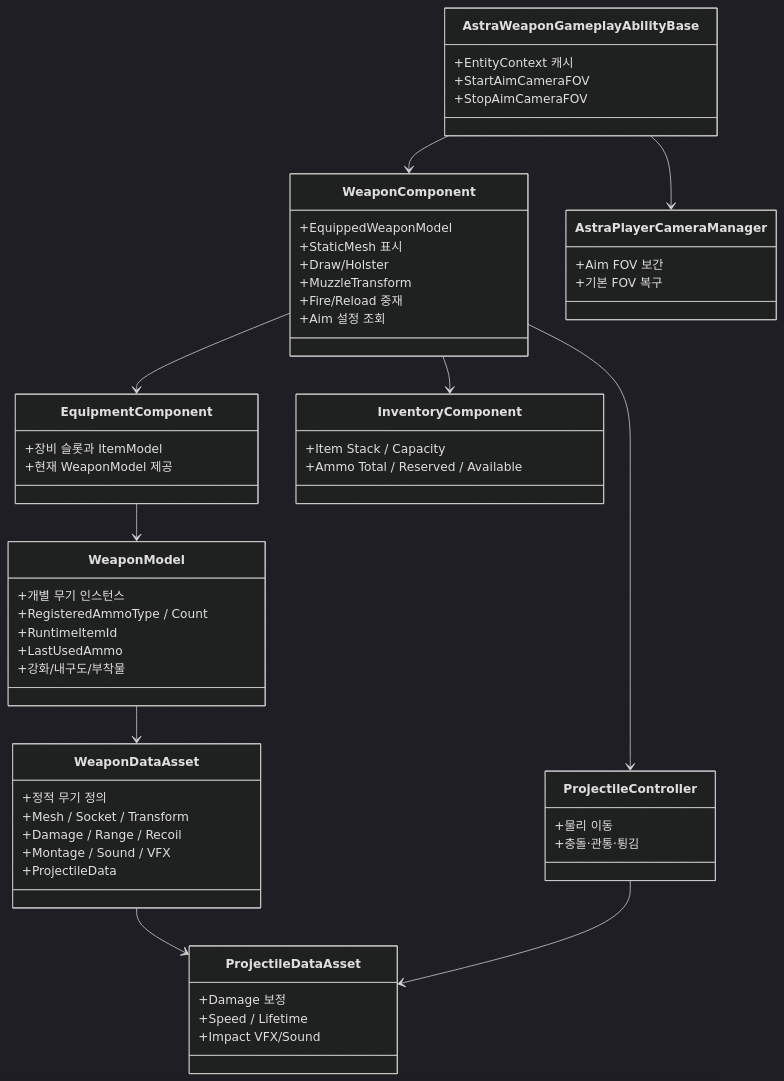
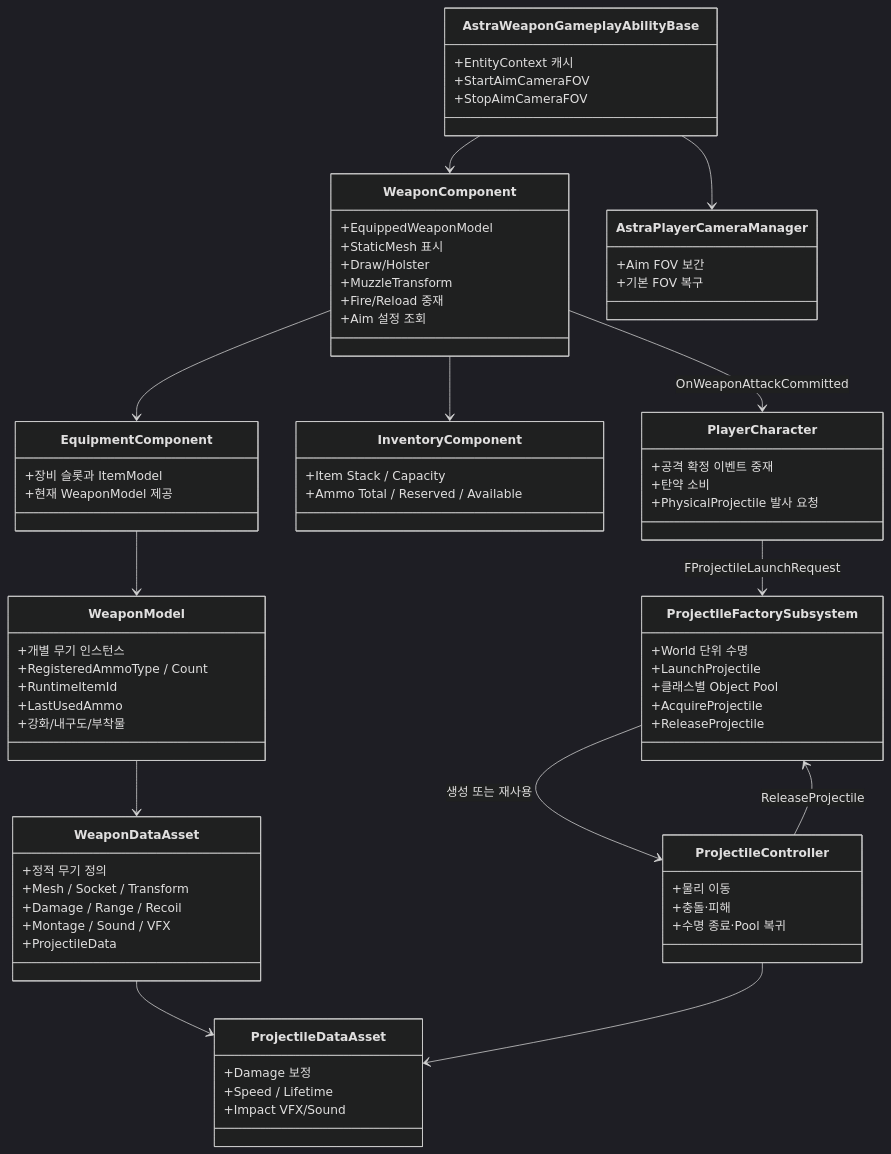
One commit to liang2papa/Astra_Docs changed the second of 4 diagrams in Wiki/03_시스템 설계/무기 시스템.md. Above: the diagram before and after it, drawn with Mermaid (dark theme). The commit also changed other lines of this file and 7 other files, not shown here.

````diff
--- a/Wiki/03_시스템 설계/무기 시스템.md
+++ b/Wiki/03_시스템 설계/무기 시스템.md
@@ -57,61 +63,77 @@
 ```mermaid
 classDiagram
     class WeaponDataAsset {
         +정적 무기 정의
         +Mesh / Socket / Transform
         +Damage / Range / Recoil
         +Montage / Sound / VFX
         +ProjectileData
     }
     class WeaponModel {
         +개별 무기 인스턴스
         +RegisteredAmmoType / Count
         +RuntimeItemId
         +LastUsedAmmo
         +강화/내구도/부착물
     }
     class EquipmentComponent {
         +장비 슬롯과 ItemModel
         +현재 WeaponModel 제공
     }
     class InventoryComponent {
         +Item Stack / Capacity
         +Ammo Total / Reserved / Available
     }
     class WeaponComponent {
         +EquippedWeaponModel
         +StaticMesh 표시
         +Draw/Holster
         +MuzzleTransform
         +Fire/Reload 중재
         +Aim 설정 조회
     }
     class AstraWeaponGameplayAbilityBase {
         +EntityContext 캐시
         +StartAimCameraFOV
         +StopAimCameraFOV
     }
     class AstraPlayerCameraManager {
         +Aim FOV 보간
         +기본 FOV 복구
     }
     class ProjectileDataAsset {
         +Damage 보정
         +Speed / Lifetime
         +Impact VFX/Sound
     }
     class ProjectileController {
         +물리 이동
-        +충돌·관통·튕김
+        +충돌·피해
+        +수명 종료·Pool 복귀
+    }
+    class ProjectileFactorySubsystem {
+        +World 단위 수명
+        +LaunchProjectile
+        +클래스별 Object Pool
+        +AcquireProjectile
+        +ReleaseProjectile
+    }
+    class PlayerCharacter {
+        +공격 확정 이벤트 중재
+        +탄약 소비
+        +PhysicalProjectile 발사 요청
     }
 
     WeaponModel --> WeaponDataAsset
     EquipmentComponent --> WeaponModel
     WeaponComponent --> EquipmentComponent
     WeaponComponent --> InventoryComponent
     WeaponDataAsset --> ProjectileDataAsset
-    WeaponComponent --> ProjectileController
+    WeaponComponent --> PlayerCharacter : OnWeaponAttackCommitted
+    PlayerCharacter --> ProjectileFactorySubsystem : FProjectileLaunchRequest
+    ProjectileFactorySubsystem --> ProjectileController : 생성 또는 재사용
     AstraWeaponGameplayAbilityBase --> WeaponComponent
     AstraWeaponGameplayAbilityBase --> AstraPlayerCameraManager
     ProjectileController --> ProjectileDataAsset
+    ProjectileController --> ProjectileFactorySubsystem : ReleaseProjectile
 ```
````
